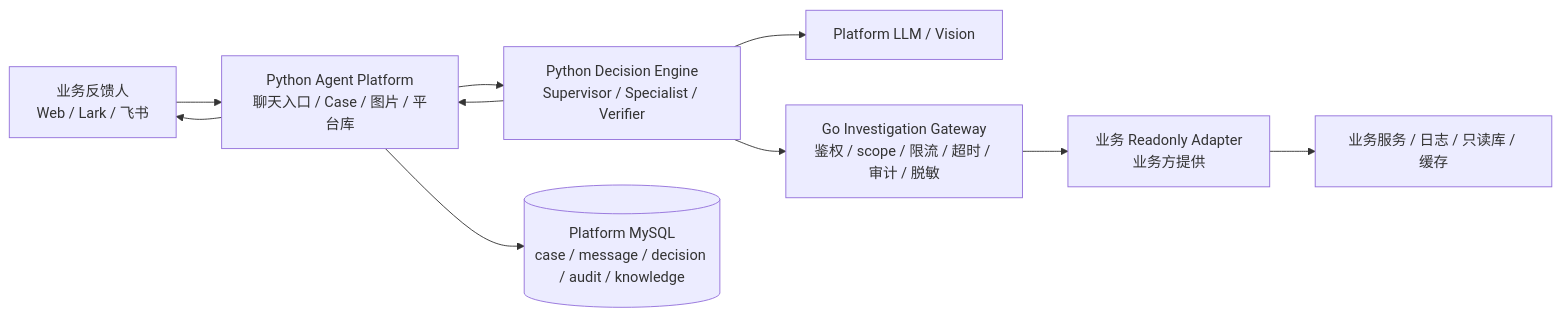
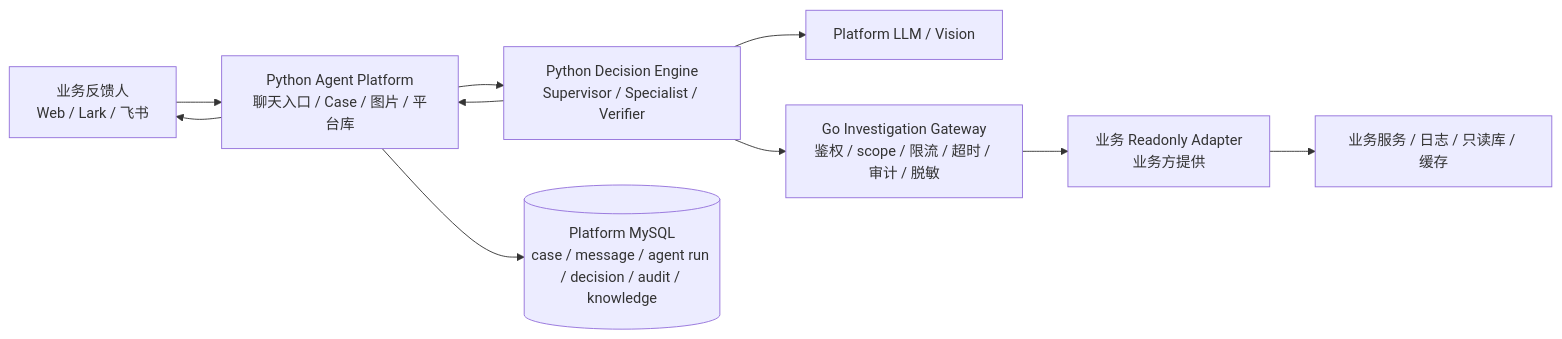
One commit to Nankis/ai-troubleshooter changed the diagram in docs/business-onboarding-quickstart.md. Above: the diagram before and after it, drawn with Mermaid. The commit also changed other lines of this file and 19 other files, not shown here.

Commit message:
P-2026-046 add agent run lifecycle

````diff
--- a/docs/business-onboarding-quickstart.md
+++ b/docs/business-onboarding-quickstart.md
@@ -9,12 +9,12 @@
 ```mermaid
 flowchart LR
   User["业务反馈人<br/>Web / Lark / 飞书"] --> Platform["Python Agent Platform<br/>聊天入口 / Case / 图片 / 平台库"]
   Platform --> Engine["Python Decision Engine<br/>Supervisor / Specialist / Verifier"]
-  Platform --> Store[("Platform MySQL<br/>case / message / decision / audit / knowledge")]
+  Platform --> Store[("Platform MySQL<br/>case / message / agent run / decision / audit / knowledge")]
   Engine --> Model["Platform LLM / Vision"]
   Engine --> Gateway["Go Investigation Gateway<br/>鉴权 / scope / 限流 / 超时 / 审计 / 脱敏"]
   Gateway --> Adapter["业务 Readonly Adapter<br/>业务方提供"]
   Adapter --> Biz["业务服务 / 日志 / 只读库 / 缓存"]
   Engine --> Platform
   Platform --> User
 ```
````
